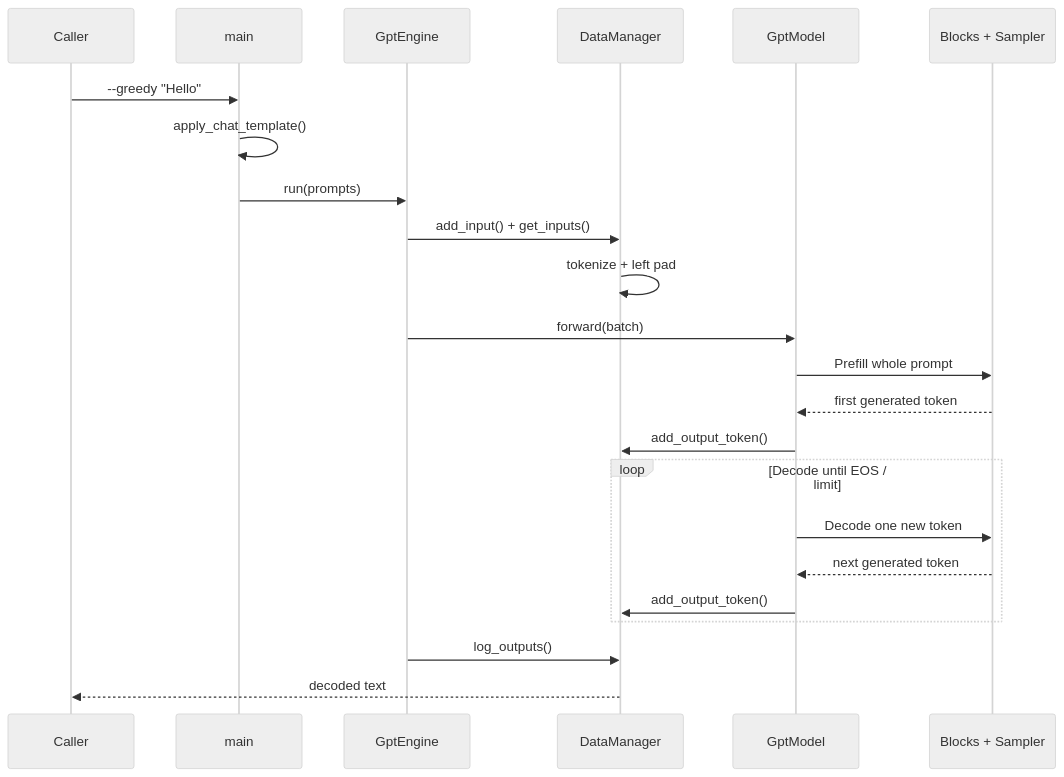
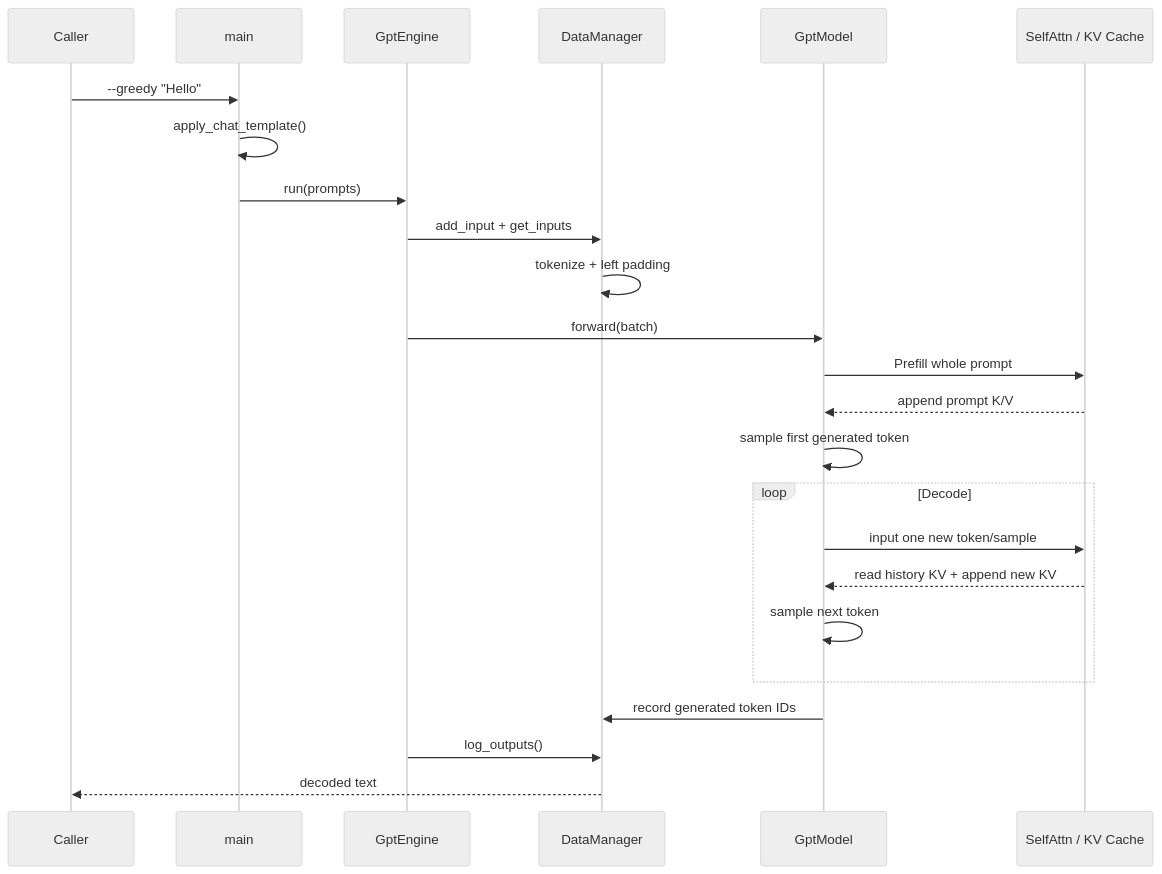
Before and after one commit to eagle-dai/easy_llm.cpp: the second of 2 diagrams in my/docs/easy_llm_guide.zh-CN.md, drawn with Mermaid (neutral theme). The commit also changed other lines of this file and 3 other files, not shown here.

````diff
--- a/my/docs/easy_llm_guide.zh-CN.md
+++ b/my/docs/easy_llm_guide.zh-CN.md
@@ -120,26 +202,27 @@
 ```mermaid
 sequenceDiagram
     participant U as Caller
     participant M as main
     participant E as GptEngine
     participant D as DataManager
     participant G as GptModel
-    participant X as Blocks + Sampler
+    participant A as SelfAttn / KV Cache
 
     U->>M: --greedy "Hello"
     M->>M: apply_chat_template()
     M->>E: run(prompts)
-    E->>D: add_input() + get_inputs()
-    D->>D: tokenize + left pad
+    E->>D: add_input + get_inputs
+    D->>D: tokenize + left padding
     E->>G: forward(batch)
-    G->>X: Prefill whole prompt
-    X-->>G: first generated token
-    G->>D: add_output_token()
-    loop Decode until EOS / limit
-        G->>X: Decode one new token
-        X-->>G: next generated token
-        G->>D: add_output_token()
+    G->>A: Prefill whole prompt
+    A-->>G: append prompt K/V
+    G->>G: sample first generated token
+    loop Decode
+        G->>A: input one new token/sample
+        A-->>G: read history KV + append new KV
+        G->>G: sample next token
     end
+    G->>D: record generated token IDs
     E->>D: log_outputs()
     D-->>U: decoded text
 ```
````
